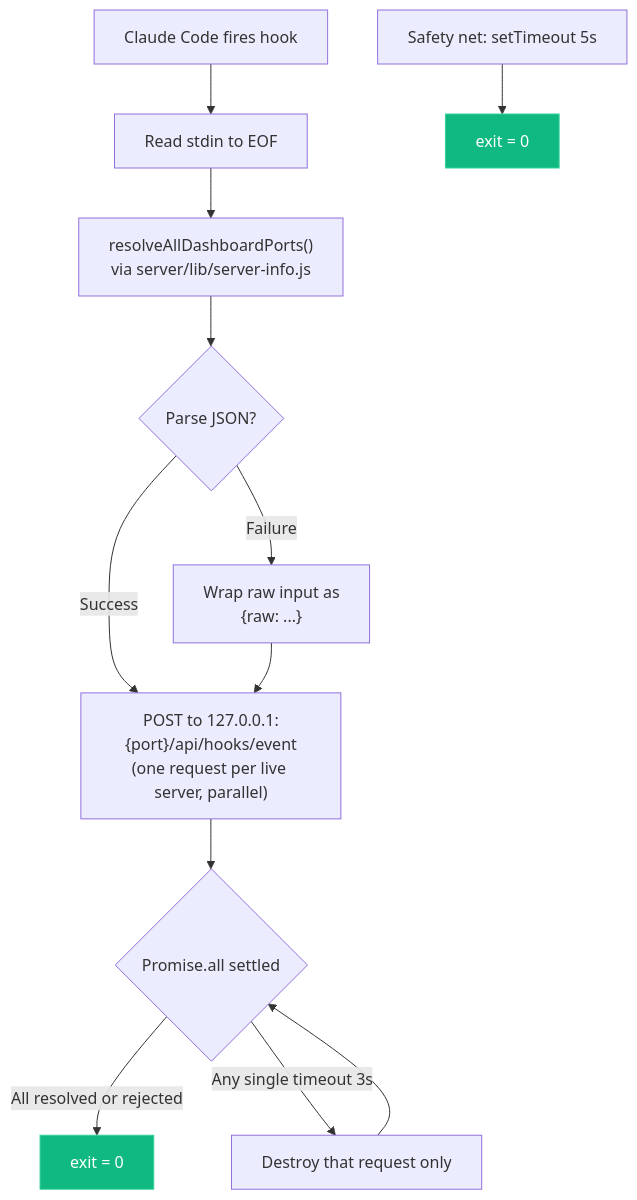
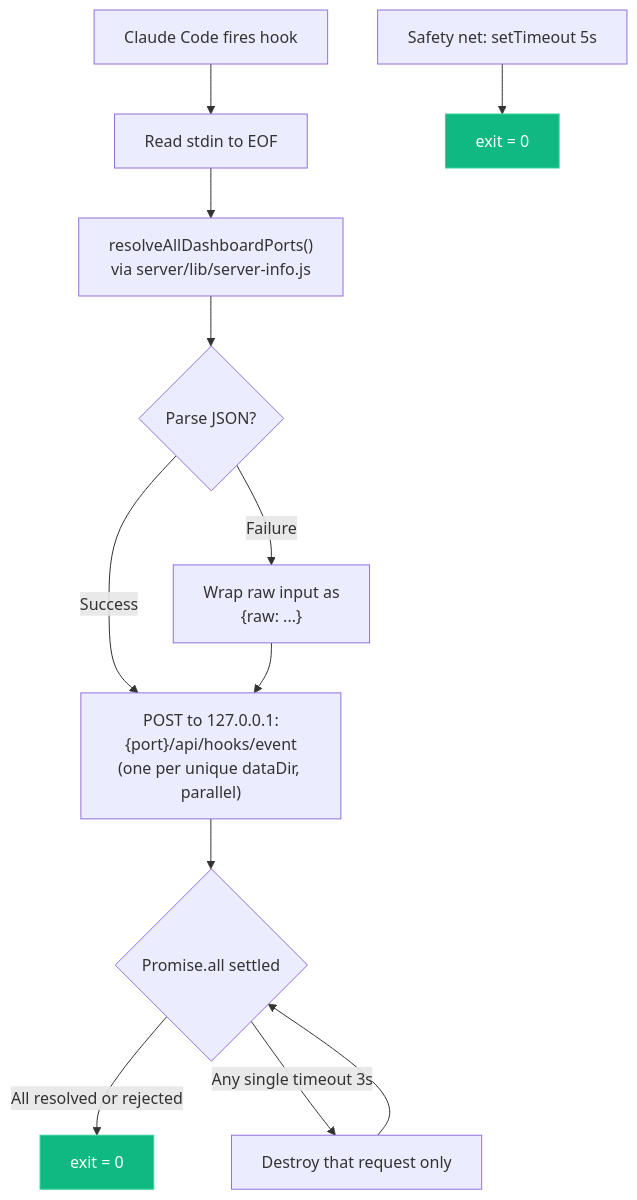
One commit to CorentinPa/Claude-Code-Agent-Monitor changed diagram 16 of 48 in ARCHITECTURE.md. Above: the diagram before and after it, drawn with Mermaid. The commit also changed other lines of this file and 54 other files, not shown here.

````diff
--- a/ARCHITECTURE.md
+++ b/ARCHITECTURE.md
@@ -1055,18 +1057,18 @@
 ```mermaid
 flowchart TD
     START[Claude Code fires hook] --> STDIN[Read stdin to EOF]
     STDIN --> RESOLVE["resolveAllDashboardPorts()<br/>via server/lib/server-info.js"]
     RESOLVE --> PARSE{Parse JSON?}
-    PARSE -->|Success| POST["POST to 127.0.0.1:{port}/api/hooks/event<br/>(one request per live server, parallel)"]
+    PARSE -->|Success| POST["POST to 127.0.0.1:{port}/api/hooks/event<br/>(one per unique dataDir, parallel)"]
     PARSE -->|Failure| WRAP["Wrap raw input as<br/>#123;raw: ...#125;"]
     WRAP --> POST
     POST --> AGG{Promise.all settled}
     AGG -->|All resolved or rejected| EXIT0[exit = 0]
     AGG -->|Any single timeout 3s| DESTROY[Destroy that request only]
     DESTROY --> AGG
 
     SAFETY[Safety net: setTimeout 5s] --> EXIT0_SAFETY[exit = 0]
 
     style EXIT0 fill:#10b981,stroke:#34d399,color:#fff
     style EXIT0_SAFETY fill:#10b981,stroke:#34d399,color:#fff
 ```
````
